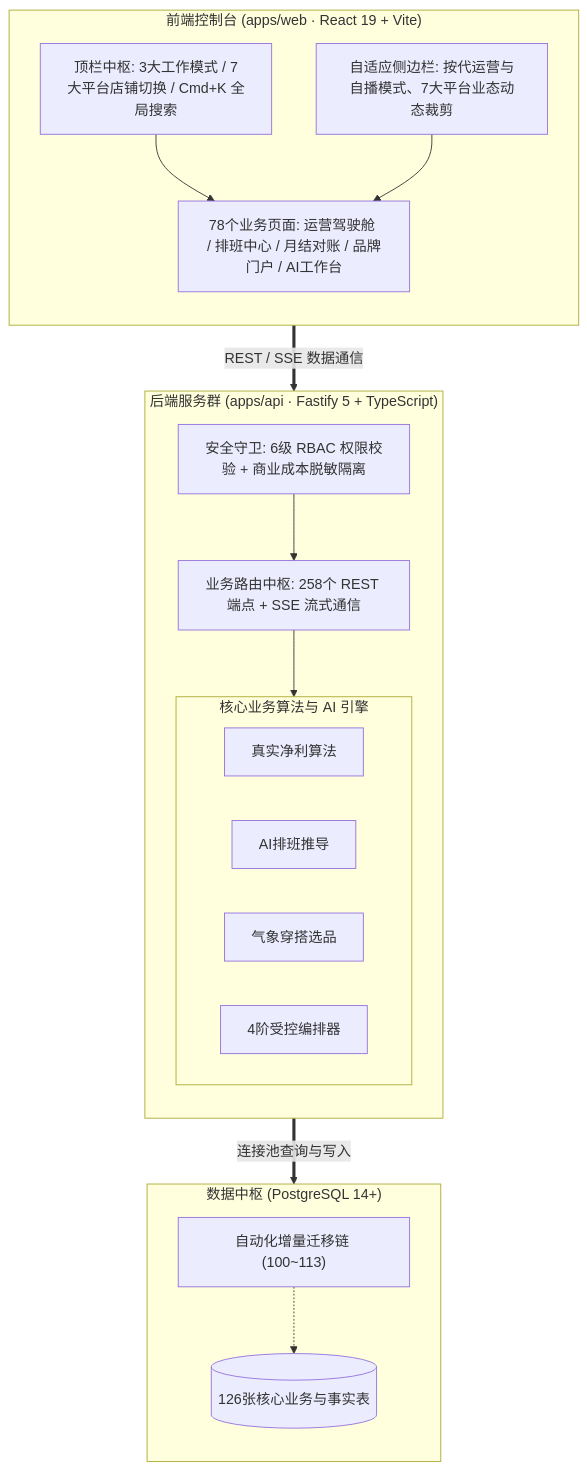
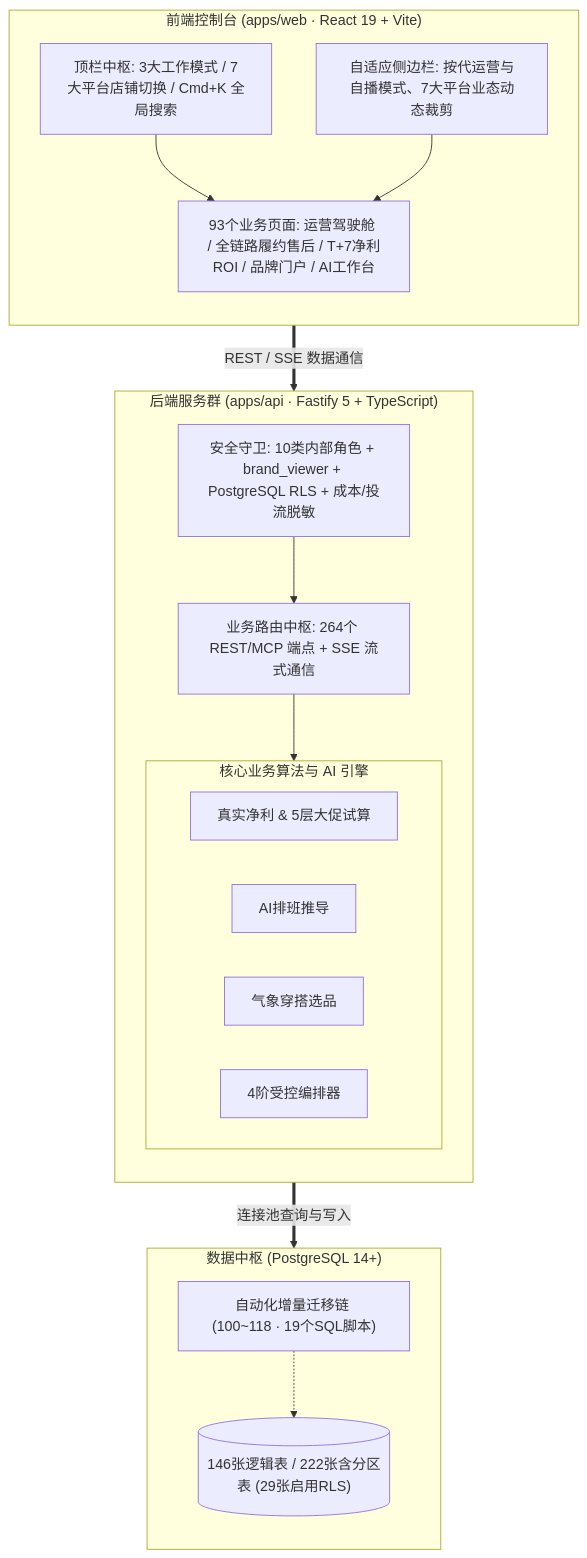
Before and after one commit to BlazarLIU/leyova: the third of 3 diagrams in README.md, drawn with Mermaid. The commit also changed other lines of this file and 10 other files, not shown here.

Commit message:
test,docs: add Fastify inject RBAC/domain suite, cleanup governance tests, sync OpenAPI and docs

````diff
--- a/README.md
+++ b/README.md
@@ -111,38 +111,38 @@
 ```mermaid
 flowchart TD
   subgraph Web["前端控制台 (apps/web · React 19 + Vite)"]
     direction TB
     UI_Top["顶栏中枢: 3大工作模式 / 7大平台店铺切换 / Cmd+K 全局搜索"]
     UI_Side["自适应侧边栏: 按代运营与自播模式、7大平台业态动态裁剪"]
-    UI_Page["78个业务页面: 运营驾驶舱 / 排班中心 / 月结对账 / 品牌门户 / AI工作台"]
+    UI_Page["93个业务页面: 运营驾驶舱 / 全链路履约售后 / T+7净利ROI / 品牌门户 / AI工作台"]
     UI_Top --> UI_Page
     UI_Side --> UI_Page
   end
 
   subgraph API["后端服务群 (apps/api · Fastify 5 + TypeScript)"]
     direction TB
-    MW_Guard["安全守卫: 6级 RBAC 权限校验 + 商业成本脱敏隔离"]
-    API_Core["业务路由中枢: 258个 REST 端点 + SSE 流式通信"]
+    MW_Guard["安全守卫: 10类内部角色 + brand_viewer + PostgreSQL RLS + 成本/投流脱敏"]
+    API_Core["业务路由中枢: 264个 REST/MCP 端点 + SSE 流式通信"]
     
     subgraph Engines["核心业务算法与 AI 引擎"]
       direction LR
-      E_Profit["真实净利算法"]
+      E_Profit["真实净利 & 5层大促试算"]
       E_Sched["AI排班推导"]
       E_Weather["气象穿搭选品"]
       E_AI["4阶受控编排器"]
     end
     
     MW_Guard --> API_Core
     API_Core --> Engines
   end
 
   subgraph DB["数据中枢 (PostgreSQL 14+)"]
     direction TB
-    DB_Tables[("126张核心业务与事实表")]
-    DB_Migrate["自动化增量迁移链 (100~113)"]
+    DB_Tables[("146张逻辑表 / 222张含分区表 (29张启用RLS)")]
+    DB_Migrate["自动化增量迁移链 (100~118 · 19个SQL脚本)"]
     DB_Migrate -.-> DB_Tables
   end
 
   UI_Page ==>|REST / SSE 数据通信| MW_Guard
   Engines ==>|连接池查询与写入| DB_Tables
 ```
````
